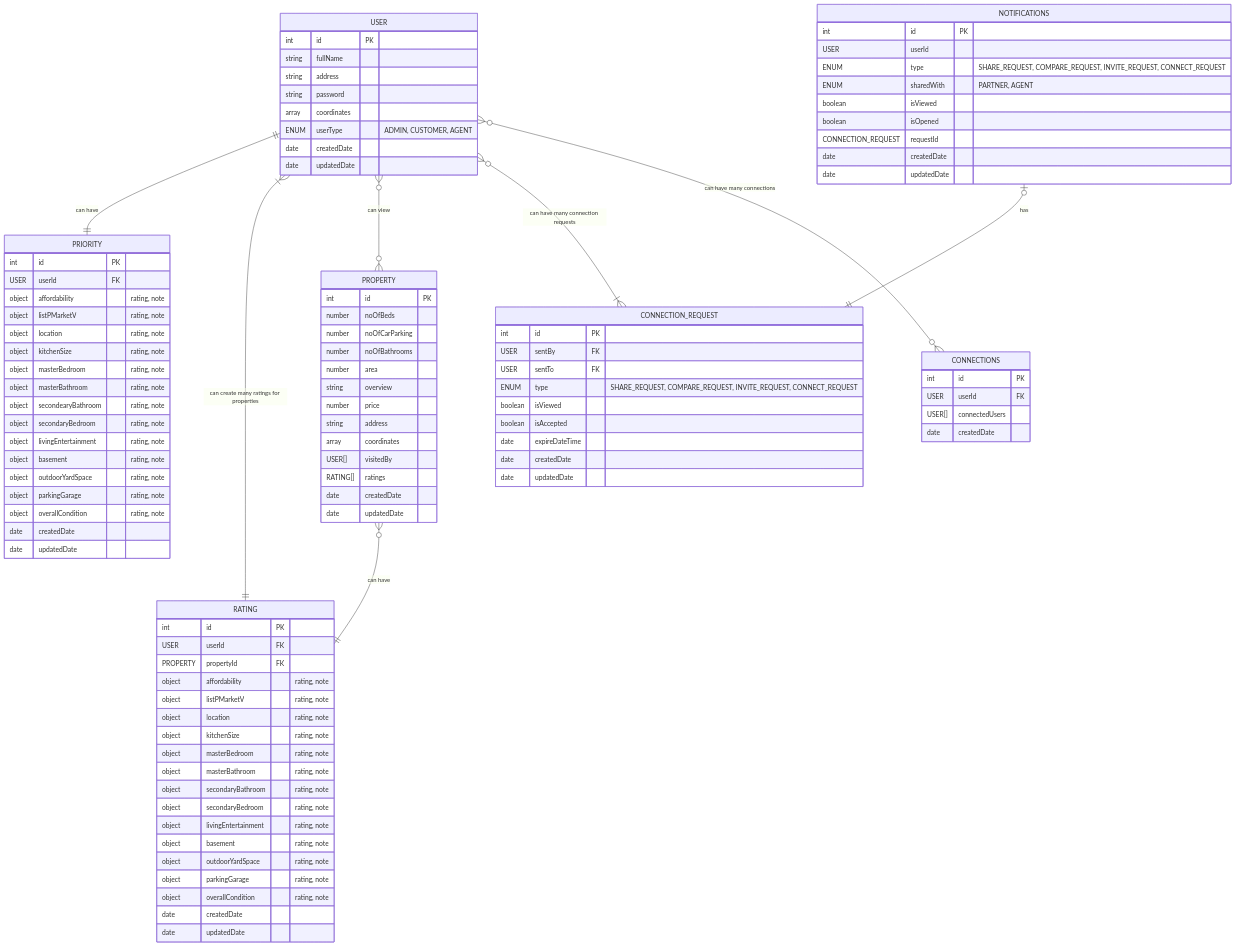
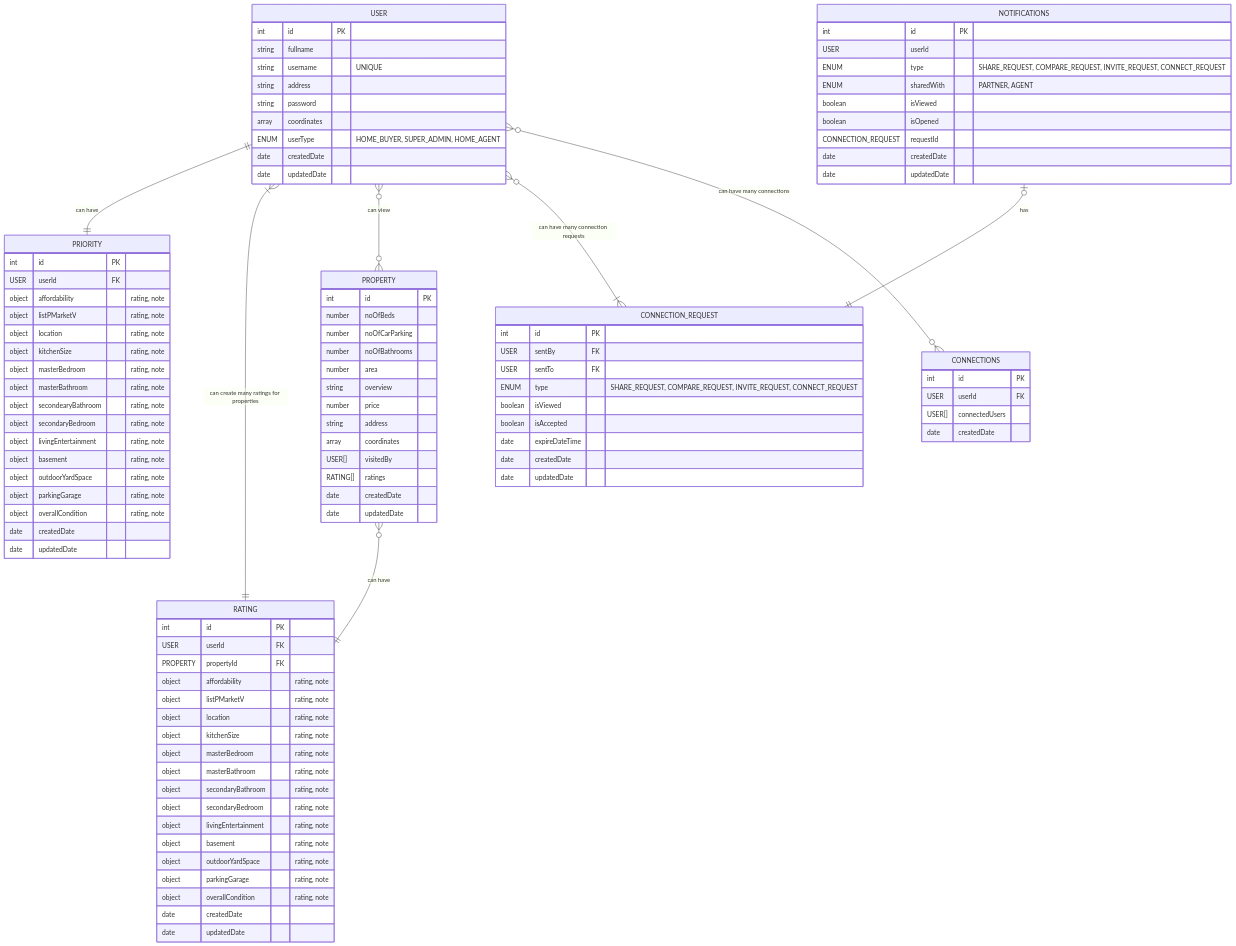
Before and after one commit to JoushwaNetpace/shackwise-backend: the diagram in erd.mmd, drawn with Mermaid. The commit also changed 7 other files, not shown here.

First line of the commit message:
added priorities apis. dtos, schema,services,controller

```diff
--- a/erd.mmd
+++ b/erd.mmd
@@ -1,108 +1,109 @@
 erDiagram
     USER ||--|| PRIORITY : "can have"
     USER }|--|| RATING : "can create many ratings for properties"
     USER }o--o{ PROPERTY : "can view"
     USER }o--|{ CONNECTION_REQUEST : "can have many connection requests"
     USER }o--o{ CONNECTIONS : "can have many connections"
   
     NOTIFICATIONS |o--|| CONNECTION_REQUEST : "has"
     PROPERTY }o--|| RATING : "can have"
     
     USER {
         int id PK
-        string fullName
+        string fullname
+        string username "UNIQUE"
         string address
         string password
         array coordinates
-        ENUM userType "ADMIN, CUSTOMER, AGENT"
+        ENUM userType "HOME_BUYER, SUPER_ADMIN, HOME_AGENT"
         date createdDate
         date updatedDate
     }
 
     PROPERTY {  
         int id PK
         number noOfBeds
         number noOfCarParking
         number noOfBathrooms
         number area
         string overview
         number price
         string address
         array coordinates
         USER[] visitedBy 
         RATING[] ratings
         date createdDate
         date updatedDate
     }
 
     PRIORITY {
         int id PK
         USER userId FK
         object affordability "rating, note"
         object listPMarketV "rating, note"
         object location "rating, note"
         object kitchenSize "rating, note"
         object masterBedroom "rating, note"
         object masterBathroom "rating, note"
         object secondearyBathroom "rating, note"
         object secondaryBedroom "rating, note"
         object livingEntertainment "rating, note"
         object basement "rating, note"
         object outdoorYardSpace "rating, note"
         object parkingGarage "rating, note"
         object overallCondition "rating, note"
         date createdDate
         date updatedDate
     }
 
     RATING {
         int id PK
         USER userId FK
         PROPERTY propertyId FK
         object affordability "rating, note"
         object listPMarketV "rating, note"
         object location "rating, note"
         object kitchenSize "rating, note"
         object masterBedroom "rating, note"
         object masterBathroom "rating, note"
         object secondaryBathroom "rating, note"
         object secondaryBedroom "rating, note"
         object livingEntertainment "rating, note"
         object basement "rating, note"
         object outdoorYardSpace "rating, note"
         object parkingGarage "rating, note"
         object overallCondition "rating, note"
         date createdDate
         date updatedDate
     }
 
     NOTIFICATIONS {
         int id PK
         USER userId
         ENUM type "SHARE_REQUEST, COMPARE_REQUEST, INVITE_REQUEST, CONNECT_REQUEST"
         ENUM sharedWith "PARTNER, AGENT"
         boolean isViewed
         boolean isOpened
         CONNECTION_REQUEST requestId
         date createdDate
         date updatedDate
     }
 
     CONNECTION_REQUEST {
         int id PK
         USER sentBy FK
         USER sentTo FK
         ENUM type "SHARE_REQUEST, COMPARE_REQUEST, INVITE_REQUEST, CONNECT_REQUEST"
         boolean isViewed
         boolean isAccepted
         date expireDateTime
         date createdDate
         date updatedDate
     }
 
     CONNECTIONS {
         int id PK
         USER userId FK
         USER[] connectedUsers 
         date createdDate
     }
```
